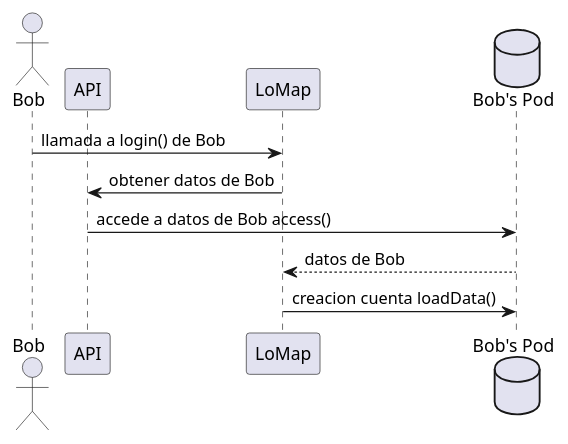
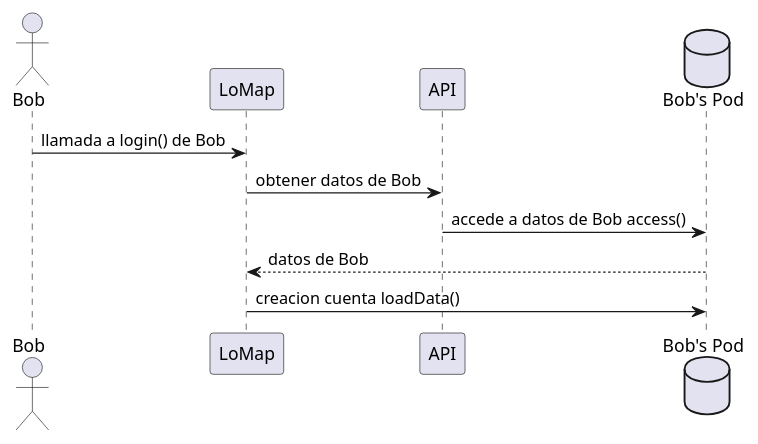
Before and after one commit to Arquisoft/lomap_es5b: the first of 3 diagrams in docs/06_runtime_view.adoc, drawn with PlantUML. The commit also changed other lines of this file, not shown here.

```diff
--- a/docs/06_runtime_view.adoc
+++ b/docs/06_runtime_view.adoc
@@ -38,12 +38,13 @@
 [plantuml,"Login",png]
 ----
 actor Bob
+participant LoMap
 participant API
-participant LoMap
 database Pod as "Bob's Pod"
+
 Bob -> LoMap: llamada a login() de Bob
 LoMap -> API: obtener datos de Bob
 API -> Pod: accede a datos de Bob access()
 Pod --> LoMap: datos de Bob
 LoMap -> Pod: creacion cuenta loadData()
 ----
```
